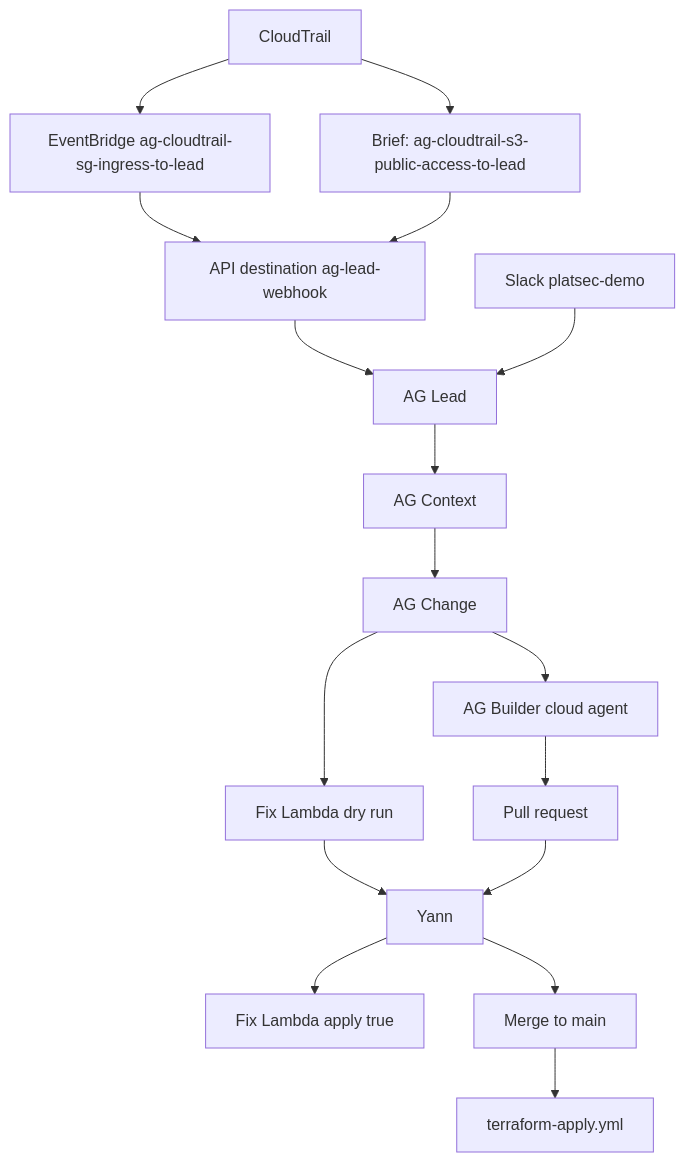
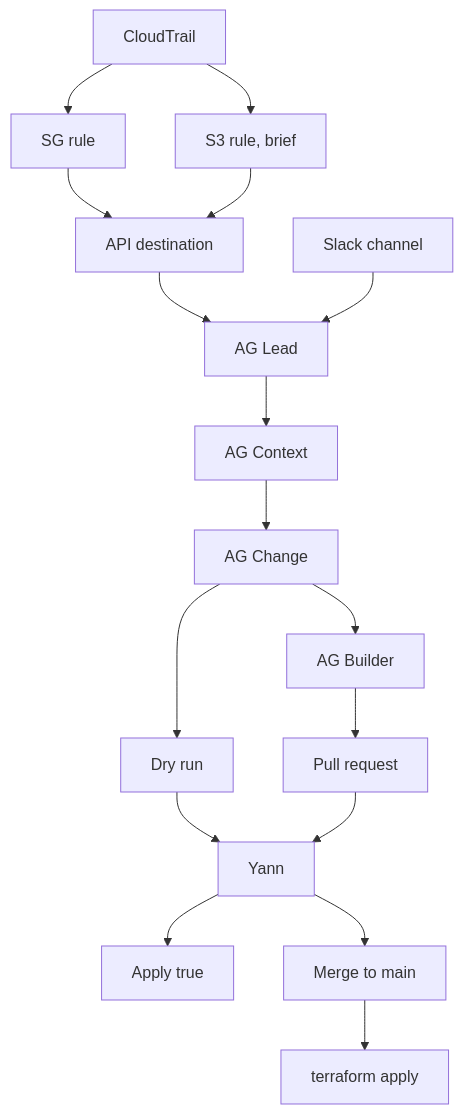
Before and after one commit to yannhowe/access-guardian: the diagram in site/slides.md, drawn with Mermaid. The commit also changed 2 other files, not shown here.

Commit message:
Keep architecture slide labels readable.
Mermaid's label boxes were a few pixels too narrow inside reveal, so the deck widens them after the diagram is drawn.

````diff
--- a/site/slides.md
+++ b/site/slides.md
@@ -43,25 +43,25 @@
 ```mermaid
 flowchart TD
   ct[CloudTrail]
-  sg["EventBridge ag-cloudtrail-sg-ingress-to-lead"]
-  s3["Brief: ag-cloudtrail-s3-public-access-to-lead"]
-  api["API destination ag-lead-webhook"]
-  slack["Slack platsec-demo"]
+  sg[SG rule]
+  s3[S3 rule, brief]
+  api[API destination]
+  slack[Slack channel]
   lead[AG Lead]
   ctx[AG Context]
   chg[AG Change]
-  dry["Fix Lambda dry run"]
-  bld["AG Builder cloud agent"]
+  dry[Dry run]
+  bld[AG Builder]
   yann[Yann]
-  run["Fix Lambda apply true"]
+  run[Apply true]
   pr[Pull request]
   main[Merge to main]
-  tf["terraform-apply.yml"]
+  tf[terraform apply]
 
   ct --> sg --> api --> lead
   ct --> s3 --> api
   slack --> lead
   lead --> ctx --> chg
   chg --> dry --> yann --> run
   chg --> bld --> pr --> yann --> main --> tf
 ```
````
